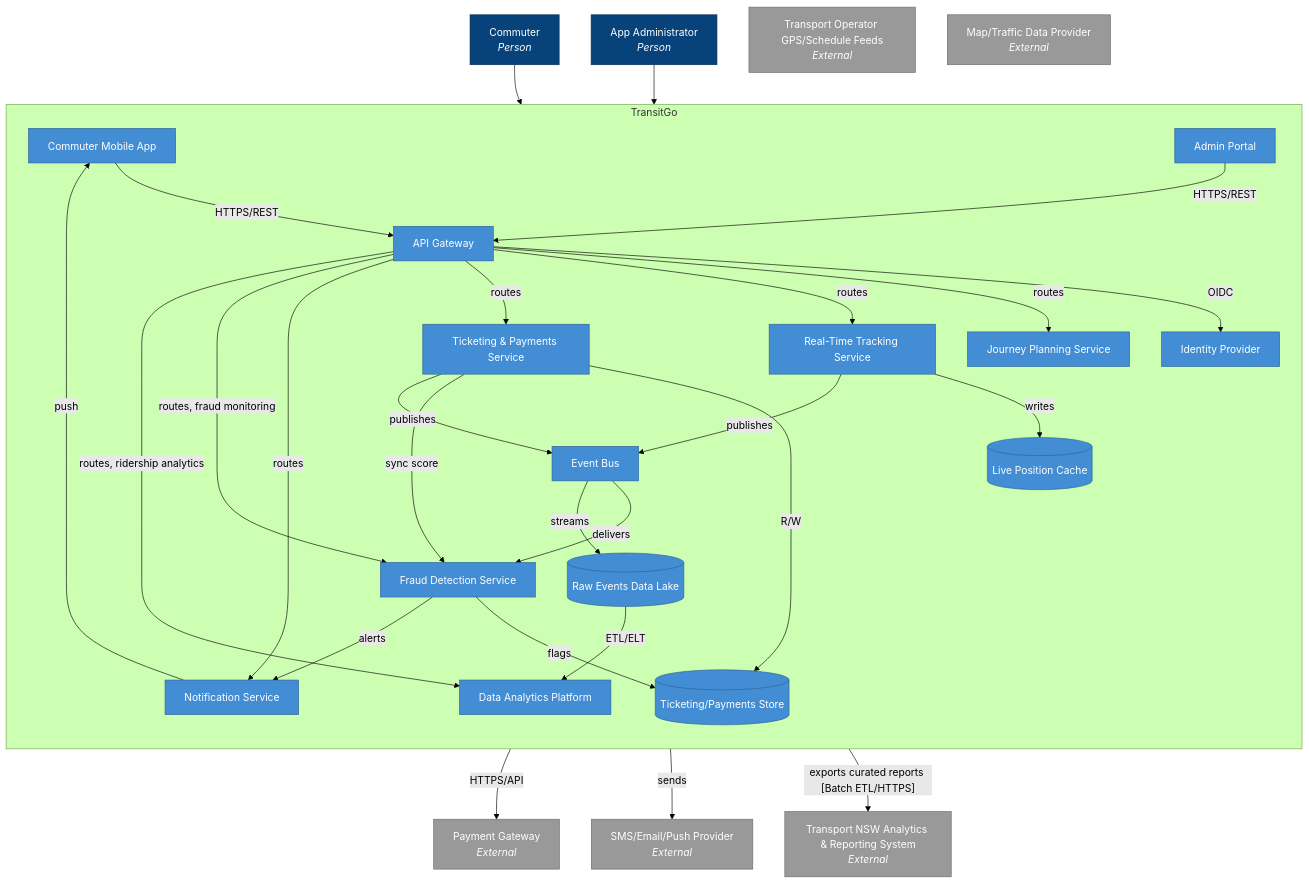
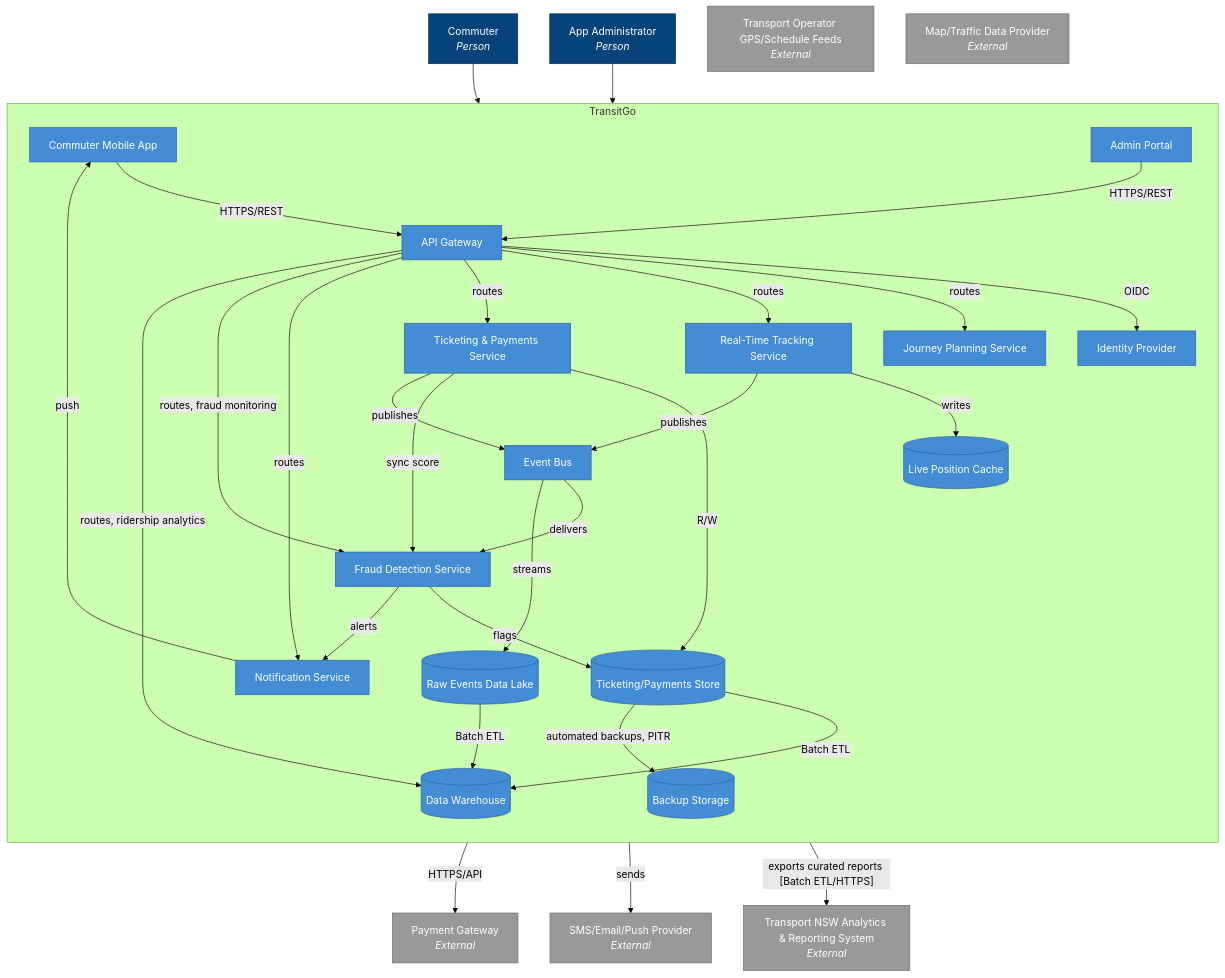
One commit to Malachi-H/SoftwareArchitectureDiagramsSource changed the diagram in 02_3.2-3.4_container-diagram.mmd. Above: the diagram before and after it, drawn with Mermaid (forest theme). The commit also changed 5 other files, not shown here.

Commit message:
changed to data analytics platform to warehouse for consistency

```diff
--- a/02_3.2-3.4_container-diagram.mmd
+++ b/02_3.2-3.4_container-diagram.mmd
@@ -1,57 +1,60 @@
 %% title Container diagram for TransitGo
 flowchart TD
     classDef person fill:#08427b,stroke:#052e56,color:#fff
     classDef ext fill:#999999,stroke:#6b6b6b,color:#fff
     classDef container fill:#438dd5,stroke:#2e6295,color:#fff
 
     commuter["Commuter<br/><i>Person</i>"]:::person
     admin["App Administrator<br/><i>Person</i>"]:::person
     payment["Payment Gateway<br/><i>External</i>"]:::ext
     opfeeds["Transport Operator GPS/Schedule Feeds<br/><i>External</i>"]:::ext
     mapdata["Map/Traffic Data Provider<br/><i>External</i>"]:::ext
     notifyext["SMS/Email/Push Provider<br/><i>External</i>"]:::ext
     analyticsext["Transport NSW Analytics & Reporting System<br/><i>External</i>"]:::ext
 
     subgraph TransitGo
         direction TB
         mobile["Commuter Mobile App"]:::container
         adminportal["Admin Portal"]:::container
         gateway["API Gateway"]:::container
         idp["Identity Provider"]:::container
         journey["Journey Planning Service"]:::container
         tracking["Real-Time Tracking Service"]:::container
         ticketing["Ticketing & Payments Service"]:::container
         fraud["Fraud Detection Service"]:::container
         notification["Notification Service"]:::container
-        analytics["Data Analytics Platform"]:::container
+        analytics[("Data Warehouse")]:::container
         cache[("Live Position Cache")]:::container
         store[("Ticketing/Payments Store")]:::container
+        backup[("Backup Storage")]:::container
         lake[("Raw Events Data Lake")]:::container
         bus["Event Bus"]:::container
     end
 
     commuter --> mobile
     admin --> adminportal
     mobile -->|HTTPS/REST| gateway
     adminportal -->|HTTPS/REST| gateway
     gateway -->|OIDC| idp
     gateway -->|routes| journey
     gateway -->|routes| tracking
     gateway -->|routes| ticketing
     gateway -->|routes| notification
     gateway -->|routes, fraud monitoring| fraud
     gateway -->|routes, ridership analytics| analytics
     tracking -->|writes| cache
     tracking -->|publishes| bus
     ticketing -->|HTTPS/API| payment
     ticketing -->|R/W| store
     ticketing -->|sync score| fraud
     ticketing -->|publishes| bus
     bus -->|delivers| fraud
     bus -->|streams| lake
     fraud -->|flags| store
     fraud -->|alerts| notification
-    lake -->|ETL/ELT| analytics
+    lake -->|Batch ETL| analytics
+    store -->|Batch ETL| analytics
+    store -->|automated backups, PITR| backup
     notification -->|sends| notifyext
     notification -->|push| mobile
     analytics -->|"exports curated reports [Batch ETL/HTTPS]"| analyticsext
```
